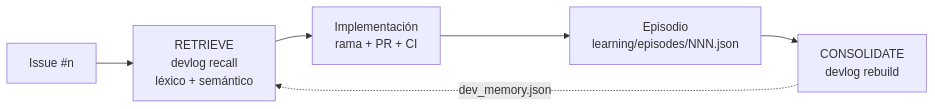
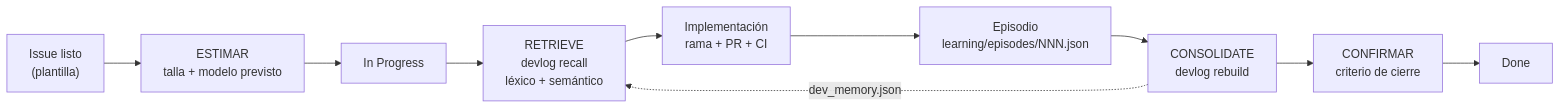
Before and after one commit to cherrera0001/Agents_Learning_Loops: the tenth of 11 diagrams in README.md, drawn with Mermaid. The commit also changed other lines of this file and 16 other files, not shown here.

First line of the commit message:
docs(entorno): integrar ESTIMAR y CONFIRMAR al ciclo de la bitacora (#77)

````diff
--- a/README.md
+++ b/README.md
@@ -775,8 +775,12 @@
 ```mermaid
 flowchart LR
-    I["Issue #n"] --> R["RETRIEVE<br/>devlog recall<br/>léxico + semántico"]
+    I["Issue listo<br/>(plantilla)"] --> S["ESTIMAR<br/>talla + modelo previsto"]
+    S --> P["In Progress"]
+    P --> R["RETRIEVE<br/>devlog recall<br/>léxico + semántico"]
     R --> W["Implementación<br/>rama + PR + CI"]
     W --> E["Episodio<br/>learning/episodes/NNN.json"]
     E --> B["CONSOLIDATE<br/>devlog rebuild"]
+    B --> C["CONFIRMAR<br/>criterio de cierre"]
+    C --> D["Done"]
     B -. "dev_memory.json" .-> R
 ```
````
